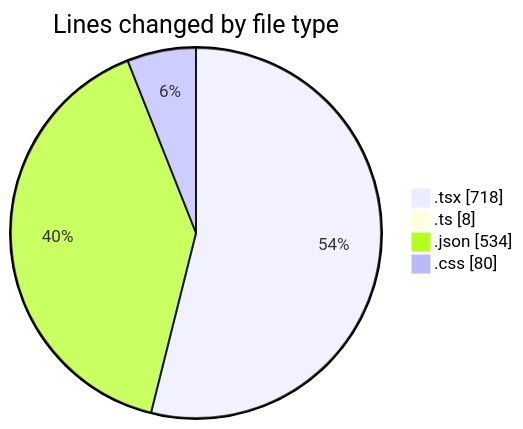
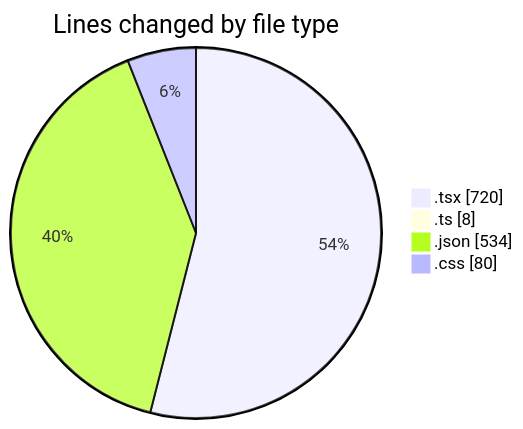
The first of 2 diagrams in 2025-08-02/tw-server/README.md (EIIisD/code-tracking), drawn with Mermaid before and after one commit. The commit also changed other lines of this file and 1 other file, not shown here.

````diff
--- a/2025-08-02/tw-server/README.md
+++ b/2025-08-02/tw-server/README.md
@@ -25,8 +25,8 @@
 ```mermaid
 pie showData
 title Lines changed by file type
-".tsx" : 718
+".tsx" : 720
 ".ts" : 8
 ".json" : 534
 ".css" : 80
 ```
````
